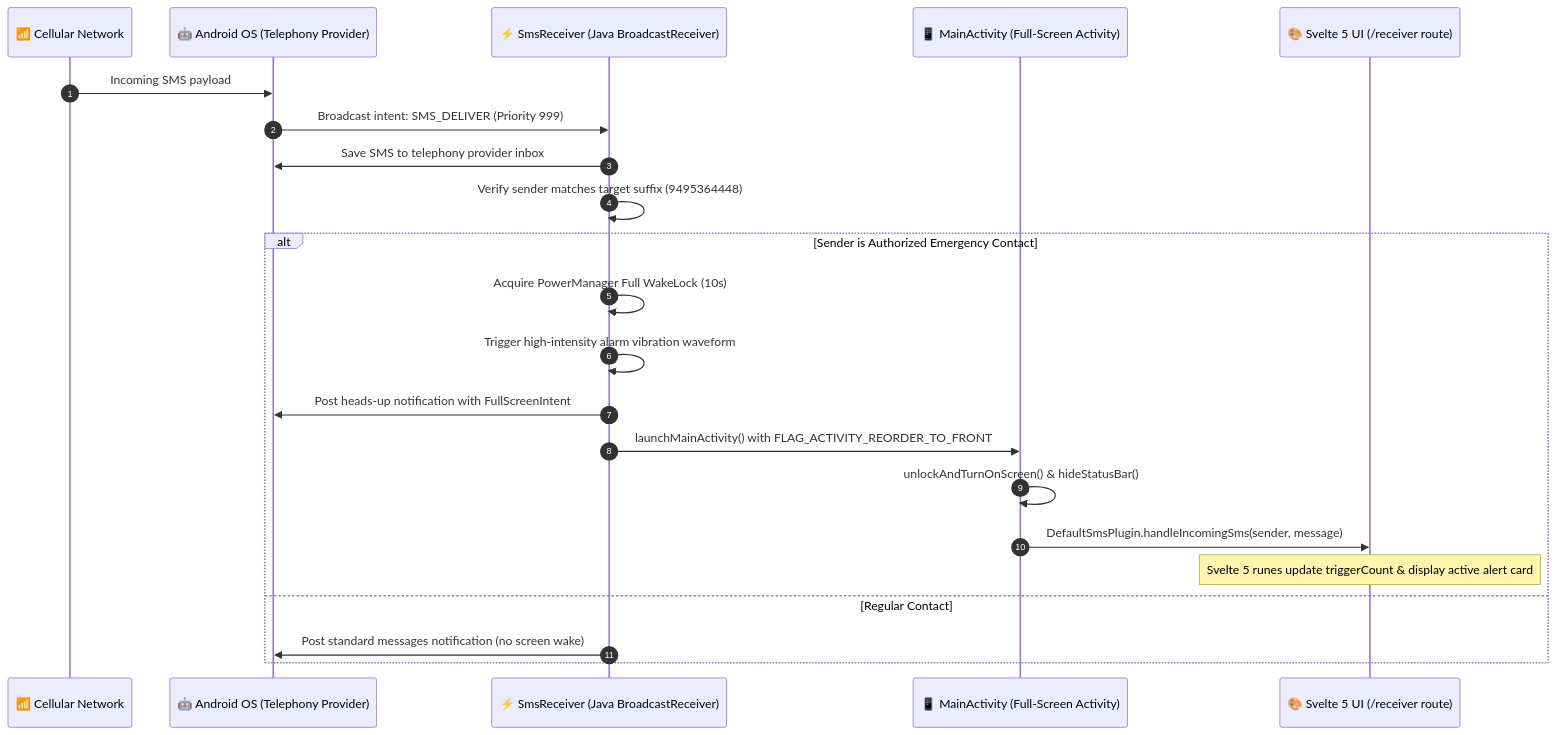
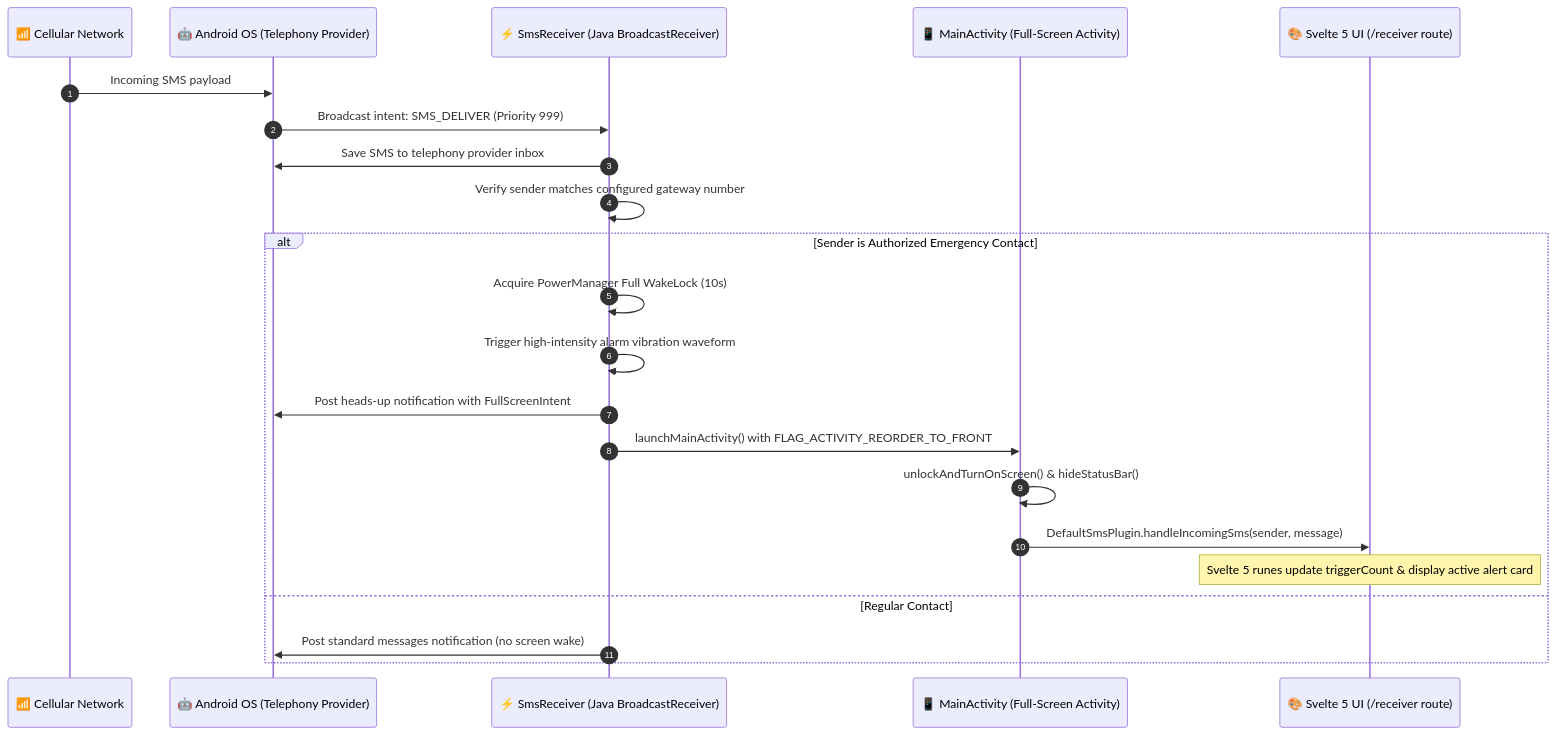
The third of 4 diagrams in README.md (twilighty-abhi/kaaka), drawn with Mermaid before and after one commit. The commit also changed other lines of this file and 9 other files, not shown here.

````diff
--- a/README.md
+++ b/README.md
@@ -100,26 +100,26 @@
 ```mermaid
 sequenceDiagram
     autonumber
     participant Cellular as 📶 Cellular Network
     participant AndroidOS as 🤖 Android OS (Telephony Provider)
     participant SmsReceiver as ⚡ SmsReceiver (Java BroadcastReceiver)
     participant MainActivity as 📱 MainActivity (Full-Screen Activity)
     participant SvelteUI as 🎨 Svelte 5 UI (/receiver route)
 
     Cellular->>AndroidOS: Incoming SMS payload
     AndroidOS->>SmsReceiver: Broadcast intent: SMS_DELIVER (Priority 999)
     SmsReceiver->>AndroidOS: Save SMS to telephony provider inbox
-    SmsReceiver->>SmsReceiver: Verify sender matches target suffix (9495364448)
+    SmsReceiver->>SmsReceiver: Verify sender matches configured gateway number
 
     alt Sender is Authorized Emergency Contact
         SmsReceiver->>SmsReceiver: Acquire PowerManager Full WakeLock (10s)
         SmsReceiver->>SmsReceiver: Trigger high-intensity alarm vibration waveform
         SmsReceiver->>AndroidOS: Post heads-up notification with FullScreenIntent
         SmsReceiver->>MainActivity: launchMainActivity() with FLAG_ACTIVITY_REORDER_TO_FRONT
         MainActivity->>MainActivity: unlockAndTurnOnScreen() & hideStatusBar()
         MainActivity->>SvelteUI: DefaultSmsPlugin.handleIncomingSms(sender, message)
         Note over SvelteUI: Svelte 5 runes update triggerCount & display active alert card
     else Regular Contact
         SmsReceiver->>AndroidOS: Post standard messages notification (no screen wake)
     end
 ```
````
